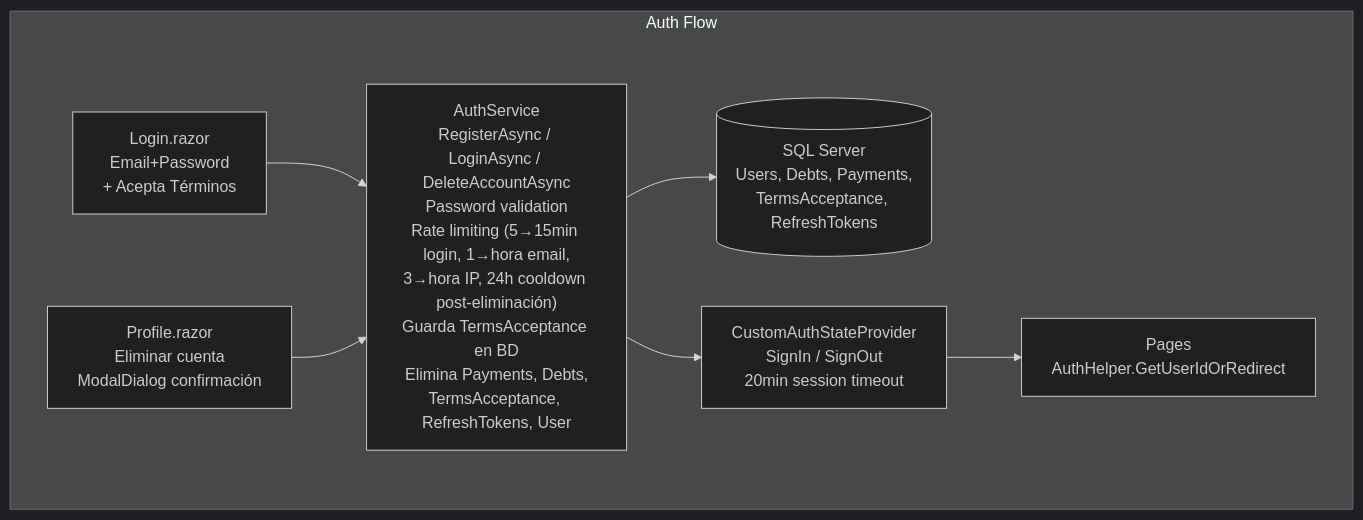
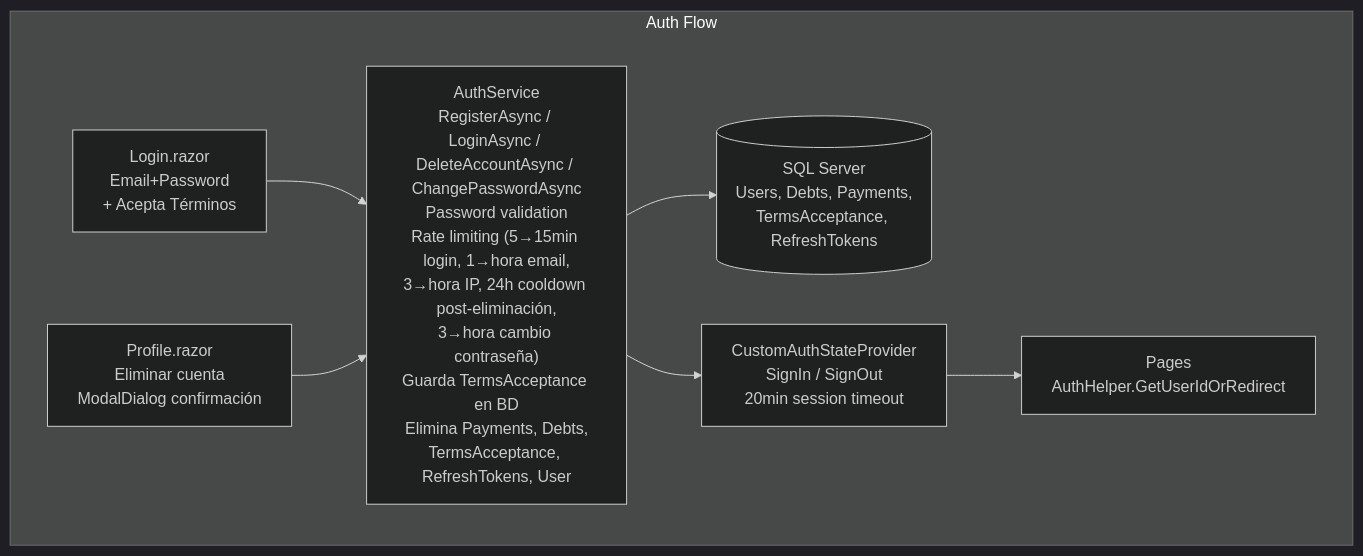
One commit to Reniato00/DebtsApp changed the fifth of 5 diagrams in AGENTS.md. Above: the diagram before and after it, drawn with Mermaid (dark theme). The commit also changed 2 other files, not shown here.

Commit message:
add change password in my profile

````diff
--- a/AGENTS.md
+++ b/AGENTS.md
@@ -164,17 +164,17 @@
 ```mermaid
 flowchart TD
     subgraph AuthFlow["Auth Flow"]
         LOGIN["Login.razor\nEmail+Password\n+ Acepta Términos"]
         PROFILE["Profile.razor\nEliminar cuenta\nModalDialog confirmación"]
-        AS["AuthService\nRegisterAsync / LoginAsync / DeleteAccountAsync\nPassword validation\nRate limiting (5→15min login, 1→hora email,\n3→hora IP, 24h cooldown post-eliminación)\nGuarda TermsAcceptance en BD\nElimina Payments, Debts,\nTermsAcceptance, RefreshTokens, User"]
+        AS["AuthService\nRegisterAsync / LoginAsync / DeleteAccountAsync / ChangePasswordAsync\nPassword validation\nRate limiting (5→15min login, 1→hora email,\n3→hora IP, 24h cooldown post-eliminación,\n3→hora cambio contraseña)\nGuarda TermsAcceptance en BD\nElimina Payments, Debts,\nTermsAcceptance, RefreshTokens, User"]
         CSP["CustomAuthStateProvider\nSignIn / SignOut\n20min session timeout"]
         PAGES["Pages\nAuthHelper.GetUserIdOrRedirect"]
         DB[("SQL Server\nUsers, Debts, Payments,\nTermsAcceptance, RefreshTokens")]
     end
 
     LOGIN --> AS
     PROFILE --> AS
     AS --> DB
     AS --> CSP
     CSP --> PAGES
 ```
````
